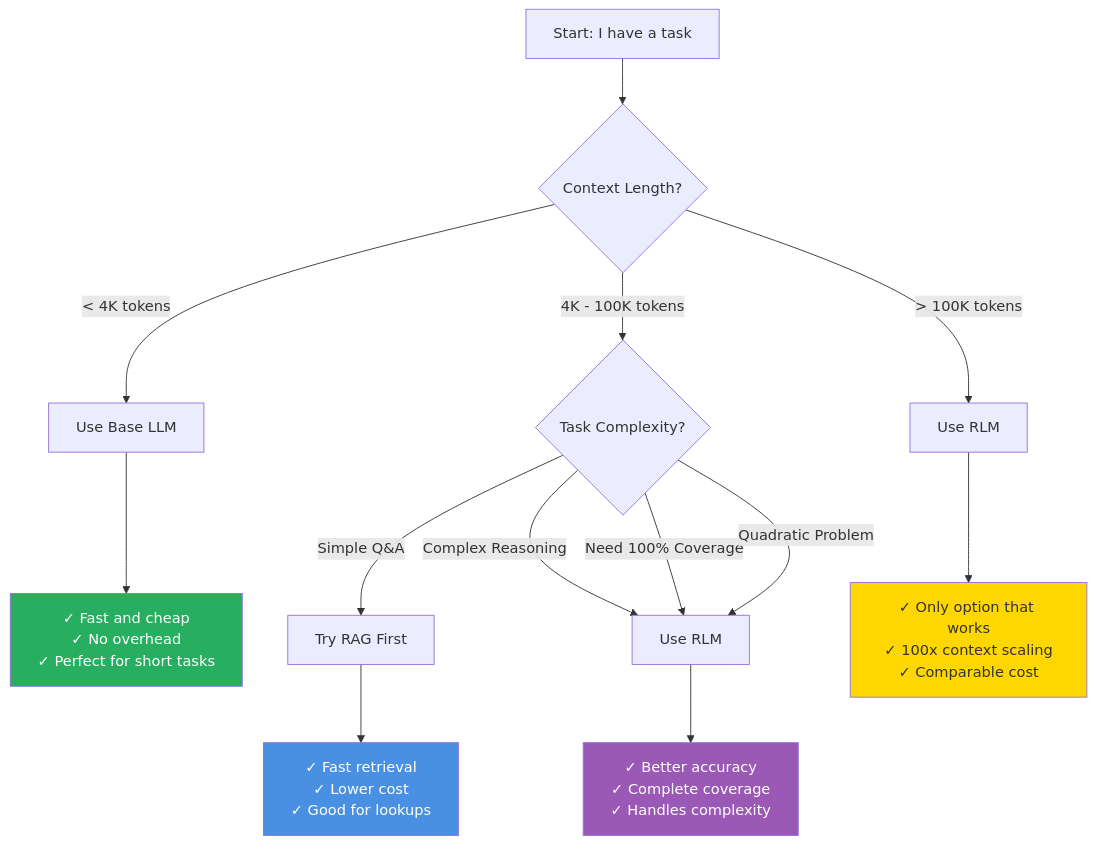
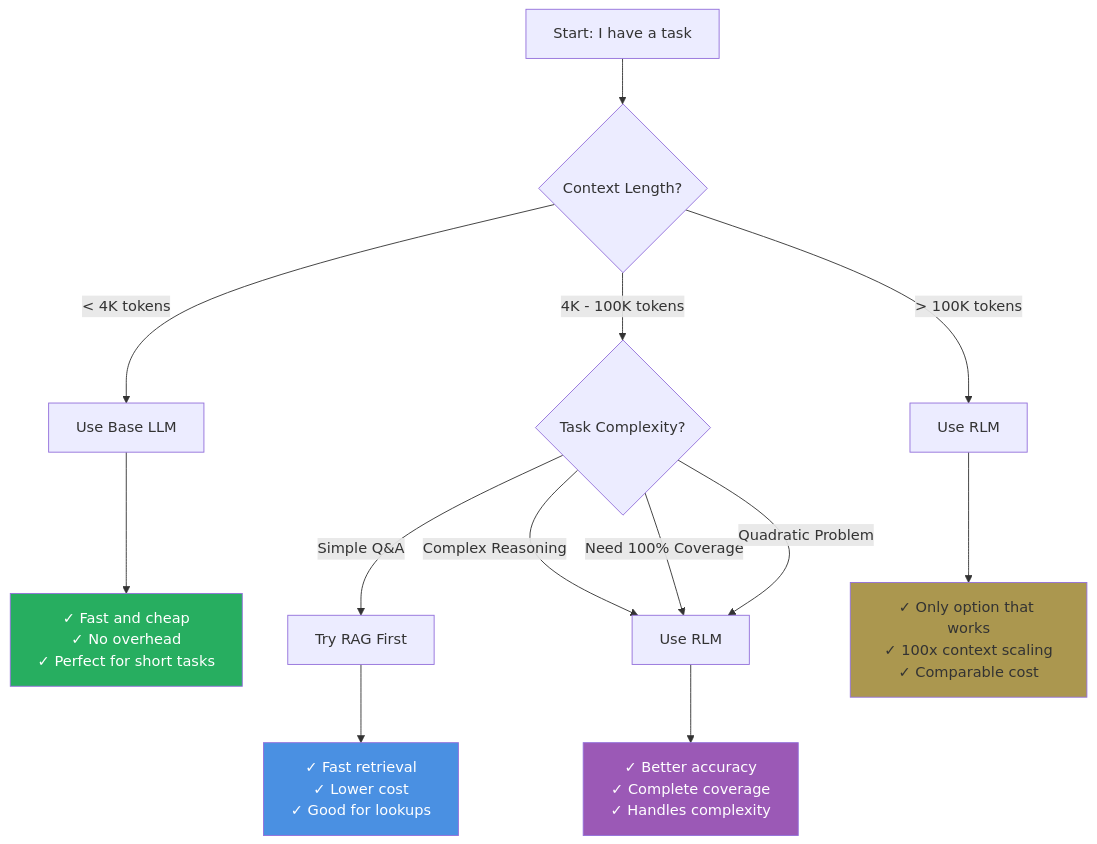
Before and after one commit to rsrini7/Learnings: diagram 17 of 18 in Papers/RecursiveLanguageModels.md, drawn with Mermaid. The commit also changed other lines of this file, not shown here.

First line of the commit message:
style(docs): update diagram node colors from gold to bronze

````diff
--- a/Papers/RecursiveLanguageModels.md
+++ b/Papers/RecursiveLanguageModels.md
@@ -1025,26 +1025,26 @@
 ```mermaid
 graph TD
     A[Start: I have a task] --> B{Context Length?}
     
     B -->|< 4K tokens| C[Use Base LLM]
     C --> C1[✓ Fast and cheap<br/>✓ No overhead<br/>✓ Perfect for short tasks]
     
     B -->|4K - 100K tokens| D{Task Complexity?}
     
     D -->|Simple Q&A| E[Try RAG First]
     E --> E1[✓ Fast retrieval<br/>✓ Lower cost<br/>✓ Good for lookups]
     
     D -->|Complex Reasoning| F[Use RLM]
     F --> F1[✓ Better accuracy<br/>✓ Complete coverage<br/>✓ Handles complexity]
     
     B -->|> 100K tokens| G[Use RLM]
     G --> G1[✓ Only option that works<br/>✓ 100x context scaling<br/>✓ Comparable cost]
     
     D -->|Need 100% Coverage| F
     D -->|Quadratic Problem| F
     
     style C1 fill:#27AE60,color:#fff
     style E1 fill:#4A90E2,color:#fff
     style F1 fill:#9B59B6,color:#fff
-    style G1 fill:#FFD700
+    style G1 fill:#AB974F
 ```
````
